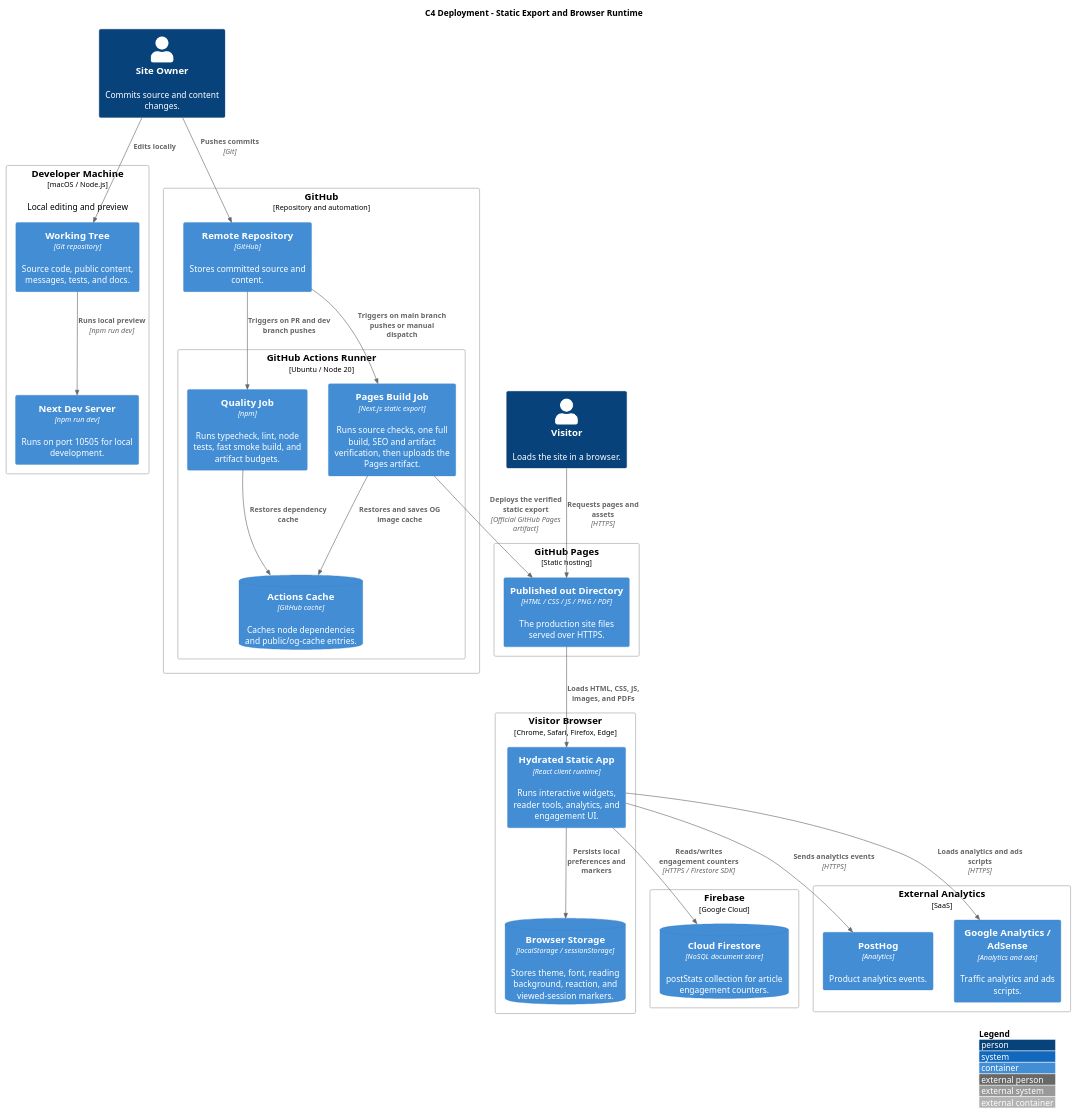
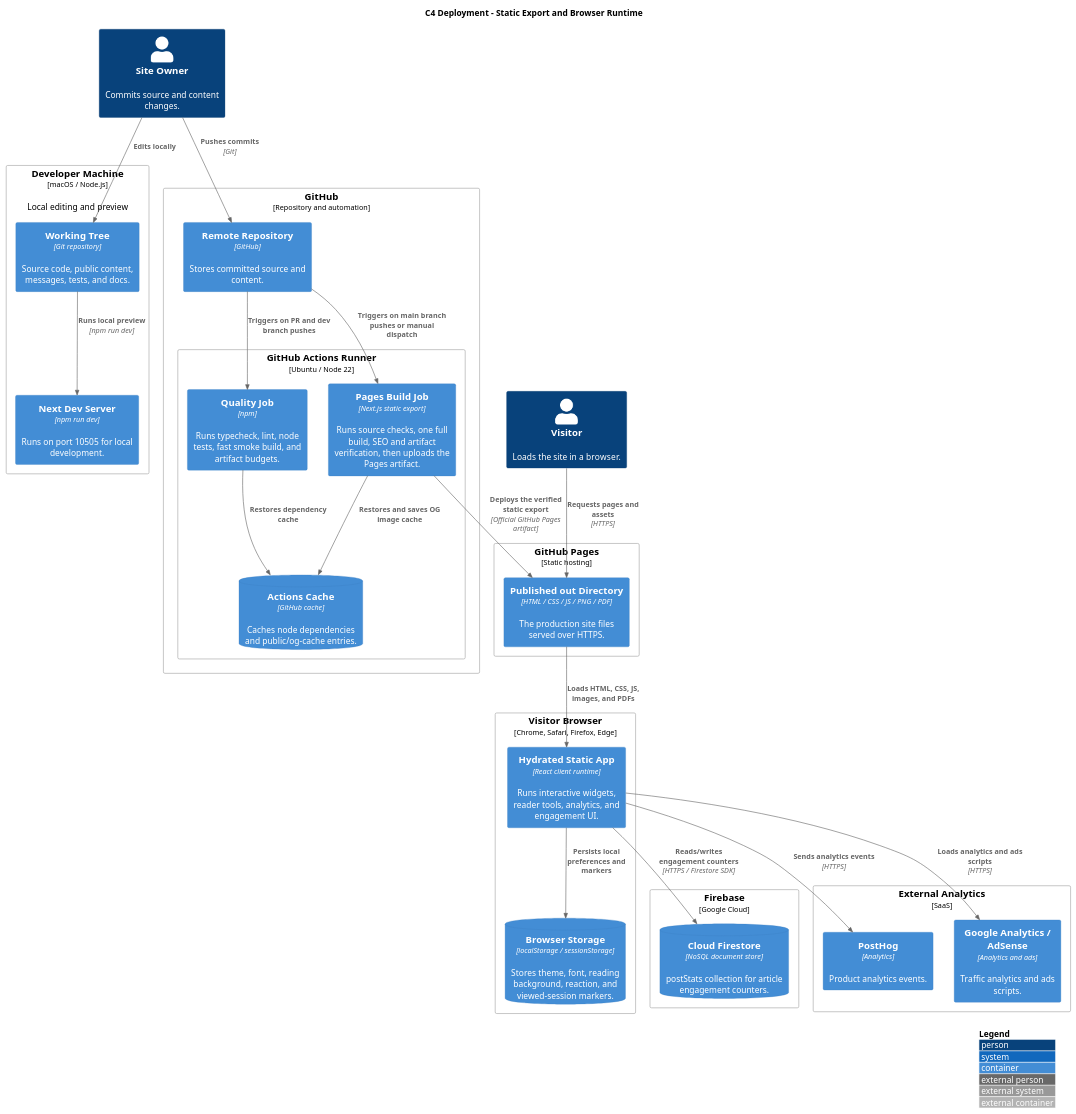
One commit to nguyenlephong/nguyenlephong.github.io changed the diagram in docs/diagrams/c4-deployment.puml. Above: the diagram before and after it, drawn with PlantUML. The commit also changed 8 other files, not shown here.

```diff
--- a/docs/diagrams/c4-deployment.puml
+++ b/docs/diagrams/c4-deployment.puml
@@ -1,58 +1,58 @@
 @startuml c4_deployment
 !include https://raw.githubusercontent.com/plantuml-stdlib/C4-PlantUML/master/C4_Deployment.puml
 
 LAYOUT_WITH_LEGEND()
 
 title C4 Deployment - Static Export and Browser Runtime
 
 Person(owner, "Site Owner", "Commits source and content changes.")
 Person(visitor, "Visitor", "Loads the site in a browser.")
 
 Deployment_Node(dev_machine, "Developer Machine", "macOS / Node.js", "Local editing and preview") {
   Container(repo, "Working Tree", "Git repository", "Source code, public content, messages, tests, and docs.")
   Container(dev_server, "Next Dev Server", "npm run dev", "Runs on port 10505 for local development.")
 }
 
 Deployment_Node(github, "GitHub", "Repository and automation") {
   Container(source_repo, "Remote Repository", "GitHub", "Stores committed source and content.")
-  Deployment_Node(actions, "GitHub Actions Runner", "Ubuntu / Node 20") {
+  Deployment_Node(actions, "GitHub Actions Runner", "Ubuntu / Node 22") {
     Container(ci_quality, "Quality Job", "npm", "Runs typecheck, lint, node tests, fast smoke build, and artifact budgets.")
     Container(build_job, "Pages Build Job", "Next.js static export", "Runs source checks, one full build, SEO and artifact verification, then uploads the Pages artifact.")
     ContainerDb(actions_cache, "Actions Cache", "GitHub cache", "Caches node dependencies and public/og-cache entries.")
   }
 }
 
 Deployment_Node(static_hosting, "GitHub Pages", "Static hosting") {
   Container(out_dir, "Published out Directory", "HTML / CSS / JS / PNG / PDF", "The production site files served over HTTPS.")
 }
 
 Deployment_Node(browser, "Visitor Browser", "Chrome, Safari, Firefox, Edge") {
   Container(static_runtime, "Hydrated Static App", "React client runtime", "Runs interactive widgets, reader tools, analytics, and engagement UI.")
   ContainerDb(browser_storage, "Browser Storage", "localStorage / sessionStorage", "Stores theme, font, reading background, reaction, and viewed-session markers.")
 }
 
 Deployment_Node(firebase, "Firebase", "Google Cloud") {
   ContainerDb(firestore, "Cloud Firestore", "NoSQL document store", "postStats collection for article engagement counters.")
 }
 
 Deployment_Node(external_analytics, "External Analytics", "SaaS") {
   Container(posthog, "PostHog", "Analytics", "Product analytics events.")
   Container(google, "Google Analytics / AdSense", "Analytics and ads", "Traffic analytics and ads scripts.")
 }
 
 Rel(owner, repo, "Edits locally")
 Rel(repo, dev_server, "Runs local preview", "npm run dev")
 Rel(owner, source_repo, "Pushes commits", "Git")
 Rel(source_repo, ci_quality, "Triggers on PR and dev branch pushes")
 Rel(source_repo, build_job, "Triggers on main branch pushes or manual dispatch")
 Rel(ci_quality, actions_cache, "Restores dependency cache")
 Rel(build_job, actions_cache, "Restores and saves OG image cache")
 Rel(build_job, out_dir, "Deploys the verified static export", "Official GitHub Pages artifact")
 Rel(visitor, out_dir, "Requests pages and assets", "HTTPS")
 Rel(out_dir, static_runtime, "Loads HTML, CSS, JS, images, and PDFs")
 Rel(static_runtime, browser_storage, "Persists local preferences and markers")
 Rel(static_runtime, firestore, "Reads/writes engagement counters", "HTTPS / Firestore SDK")
 Rel(static_runtime, posthog, "Sends analytics events", "HTTPS")
 Rel(static_runtime, google, "Loads analytics and ads scripts", "HTTPS")
 
 @enduml
```
